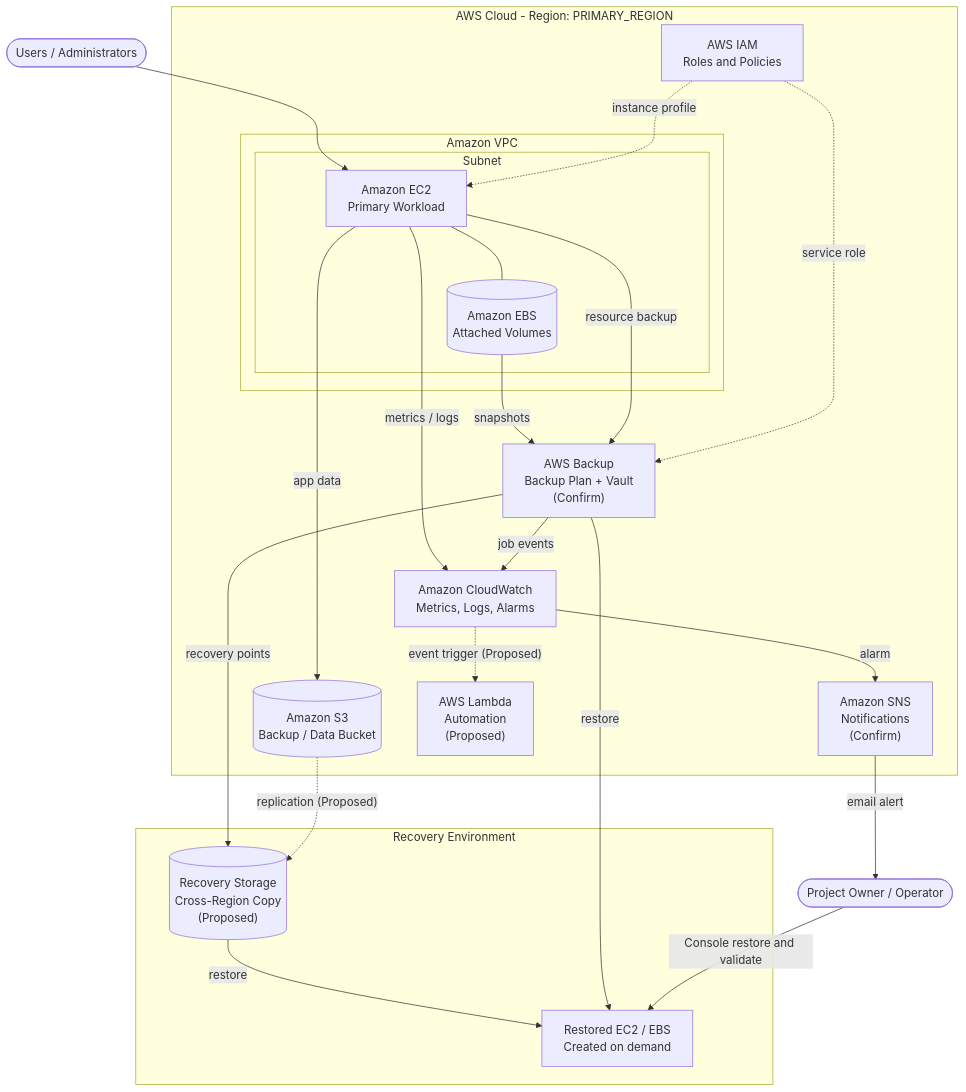
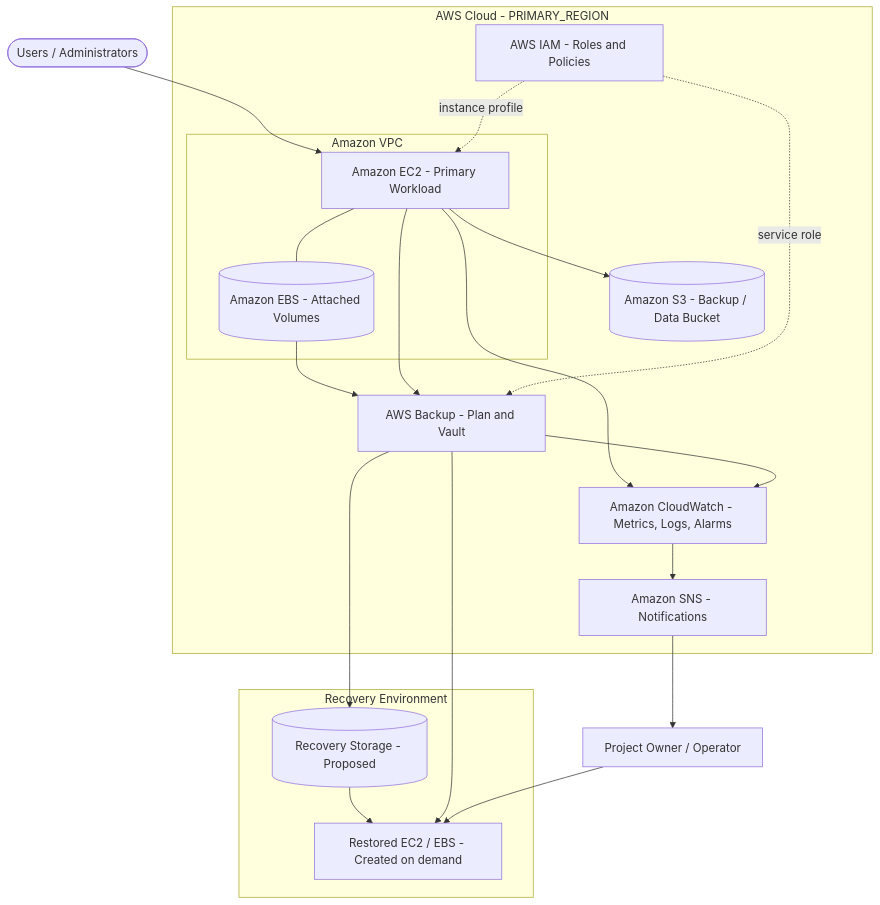
Before and after one commit to pratikhanvate99-commits/AWS-backup-and-recovery-and-DR-solution: the diagram in README.md, drawn with Mermaid. The commit also changed other lines of this file and 3 other files, not shown here.

````diff
--- a/README.md
+++ b/README.md
@@ -58,45 +54,38 @@
 ```mermaid
 flowchart TB
-    User(["Users / Administrators"])
+    User([Users / Administrators])
 
-    subgraph AWS["AWS Cloud - Region: PRIMARY_REGION"]
-        subgraph VPC["Amazon VPC"]
-            subgraph PUB["Subnet"]
-                EC2["Amazon EC2<br/>Primary Workload"]
-                EBS[("Amazon EBS<br/>Attached Volumes")]
-            end
+    subgraph AWS[AWS Cloud - PRIMARY_REGION]
+        subgraph VPC[Amazon VPC]
+            EC2[Amazon EC2 - Primary Workload]
+            EBS[(Amazon EBS - Attached Volumes)]
         end
-
-        S3[("Amazon S3<br/>Backup / Data Bucket")]
-        BKP["AWS Backup<br/>Backup Plan + Vault<br/>(Confirm)"]
-        IAM["AWS IAM<br/>Roles and Policies"]
-        CW["Amazon CloudWatch<br/>Metrics, Logs, Alarms"]
-        SNS["Amazon SNS<br/>Notifications<br/>(Confirm)"]
-        LMB["AWS Lambda<br/>Automation<br/>(Proposed)"]
+        S3[(Amazon S3 - Backup / Data Bucket)]
+        BKP[AWS Backup - Plan and Vault]
+        IAM[AWS IAM - Roles and Policies]
+        CW[Amazon CloudWatch - Metrics, Logs, Alarms]
+        SNS[Amazon SNS - Notifications]
     end
 
-    subgraph REC["Recovery Environment"]
-        RS3[("Recovery Storage<br/>Cross-Region Copy<br/>(Proposed)")]
-        REC_EC2["Restored EC2 / EBS<br/>Created on demand"]
+    subgraph REC[Recovery Environment]
+        RS3[(Recovery Storage - Proposed)]
+        REC_EC2[Restored EC2 / EBS - Created on demand]
     end
 
-    Admin(["Project Owner / Operator"])
-
+    Admin[Project Owner / Operator]
     User --> EC2
     EC2 --- EBS
-    EC2 -- "app data" --> S3
-    EBS -- "snapshots" --> BKP
-    EC2 -- "resource backup" --> BKP
-    BKP -- "recovery points" --> RS3
-    S3 -. "replication (Proposed)" .-> RS3
-    IAM -. "service role" .-> BKP
-    IAM -. "instance profile" .-> EC2
-    EC2 -- "metrics / logs" --> CW
-    BKP -- "job events" --> CW
-    CW -- "alarm" --> SNS
-    SNS -- "email alert" --> Admin
-    CW -. "event trigger (Proposed)" .-> LMB
-    RS3 -- "restore" --> REC_EC2
-    BKP -- "restore" --> REC_EC2
-    Admin -- "Console restore and validate" --> REC_EC2
+    EC2 --> S3
+    EBS --> BKP
+    EC2 --> BKP
+    BKP --> RS3
+    IAM -. service role .-> BKP
+    IAM -. instance profile .-> EC2
+    EC2 --> CW
+    BKP --> CW
+    CW --> SNS
+    SNS --> Admin
+    RS3 --> REC_EC2
+    BKP --> REC_EC2
+    Admin --> REC_EC2
 ```
````
